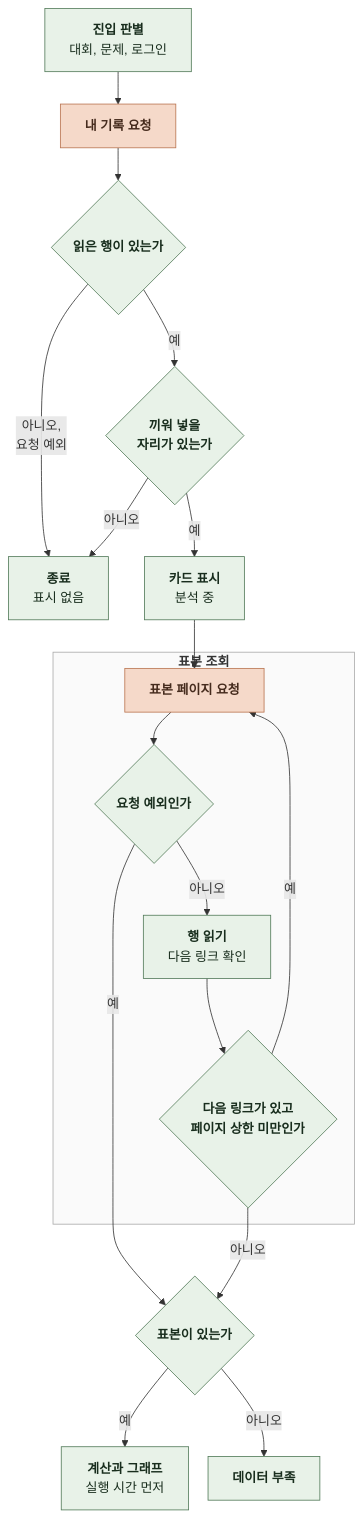
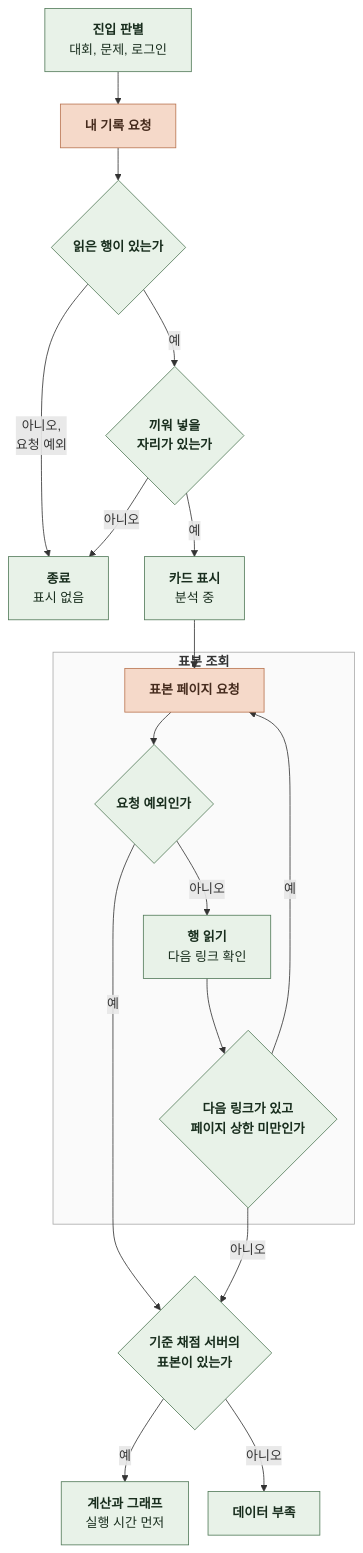
One commit to kangkyunghyun/boj-performance changed the diagram in docs/spec/4-4-EXECUTION.md. Above: the diagram before and after it, drawn with Mermaid. The commit also changed other lines of this file and 9 other files, not shown here.

````diff
--- a/docs/spec/4-4-EXECUTION.md
+++ b/docs/spec/4-4-EXECUTION.md
@@ -9,34 +9,35 @@
 ```mermaid
 %%{init: {"flowchart": {"curve": "basis", "nodeSpacing": 24, "rankSpacing": 40}}}%%
 flowchart TD
     A["`**진입 판별**
 대회, 문제, 로그인`"] --> M["`**내 기록 요청**`"]
     M --> MH{"`**읽은 행이 있는가**`"}
     MH -->|"`아니오,
 요청 예외`"| Z["`**종료**
 표시 없음`"]
     MH -->|예| I{"`**끼워 넣을
 자리가 있는가**`"}
     I -->|아니오| Z
     I -->|예| K["`**카드 표시**
 분석 중`"]
     K --> S
     subgraph LOOP["`**표본 조회**`"]
         S["`**표본 페이지 요청**`"] --> SE{"`**요청 예외인가**`"}
         SE -->|아니오| SR["`**행 읽기**
 다음 링크 확인`"]
         SR --> SN{"`**다음 링크가 있고
 페이지 상한 미만인가**`"}
         SN -->|예| S
     end
     SE -->|예| N
-    SN -->|아니오| N{"`**표본이 있는가**`"}
+    SN -->|아니오| N{"`**기준 채점 서버의
+표본이 있는가**`"}
     N -->|예| D["`**계산과 그래프**
 실행 시간 먼저`"]
     N -->|아니오| F["`**데이터 부족**`"]
     classDef comp fill:#E8F2E8,stroke:#527A59,color:#182D1D
     classDef ext fill:#F5D9C9,stroke:#B97450,color:#452B1D
     class A,MH,I,K,SE,SR,SN,N,D,F,Z comp
     class M,S ext
     style LOOP fill:#FAFAFA,stroke:#AAAAAA
 ```
````
